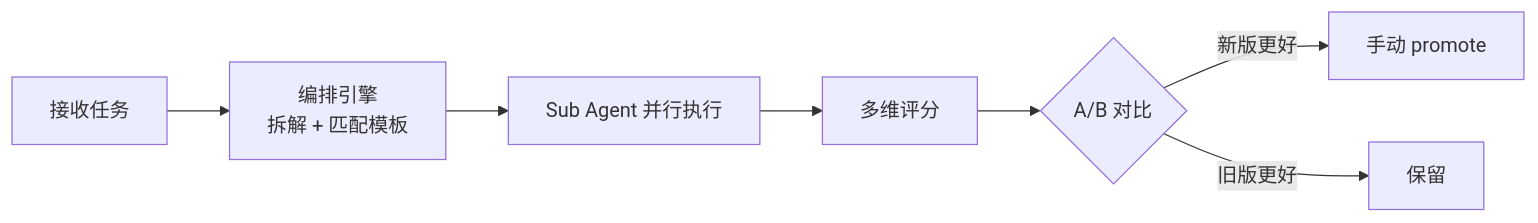
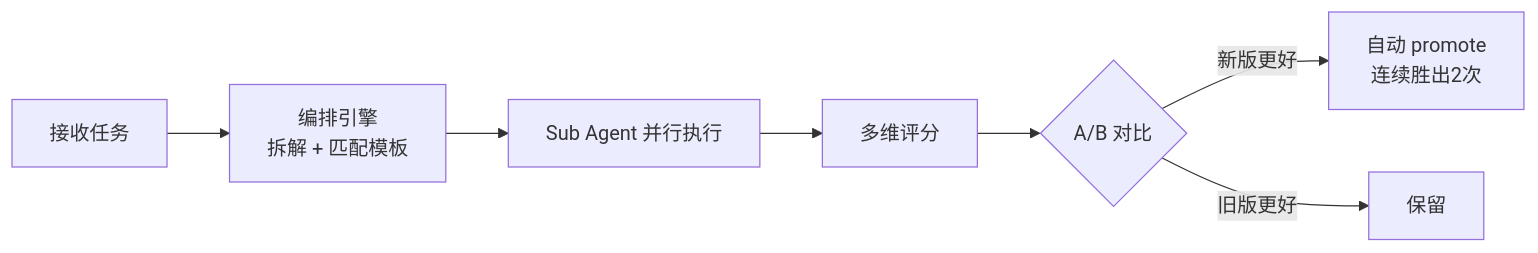
One commit to KongFangXun/sofagent changed the fourth of 4 diagrams in README.md. Above: the diagram before and after it, drawn with Mermaid. The commit also changed other lines of this file and 103 other files, not shown here.

````diff
--- a/README.md
+++ b/README.md
@@ -161,9 +161,9 @@
 ```mermaid
 graph LR
     A[接收任务] --> B[编排引擎<br/>拆解 + 匹配模板]
     B --> C[Sub Agent 并行执行]
     C --> D[多维评分]
     D --> E{A/B 对比}
-    E -->|新版更好| F[手动 promote]
+    E -->|新版更好| F[自动 promote<br/>连续胜出2次]
     E -->|旧版更好| G[保留]
 ```
````
